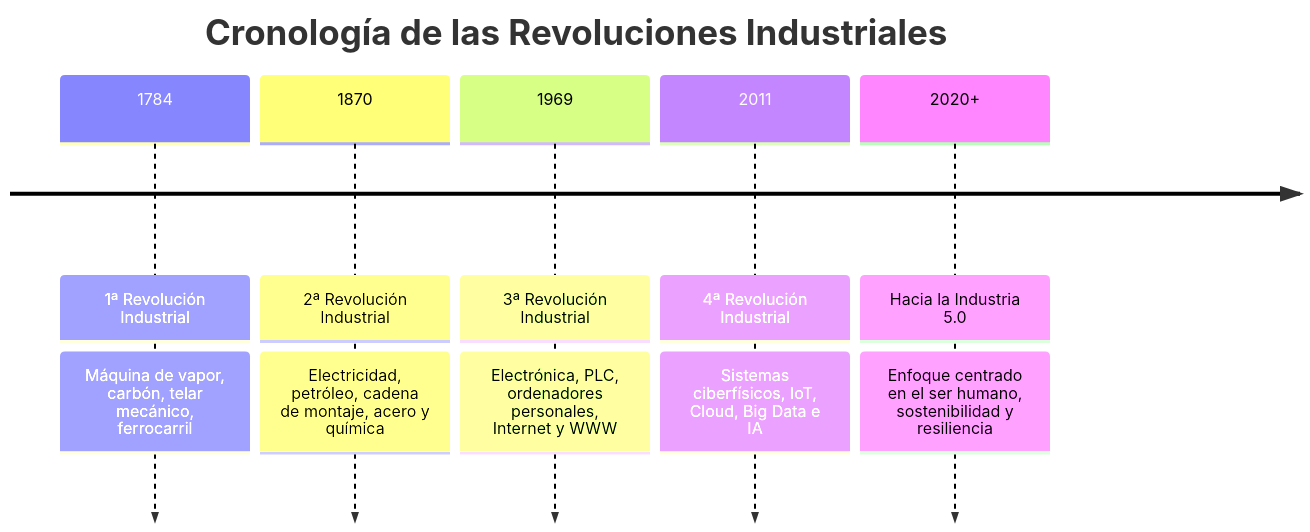
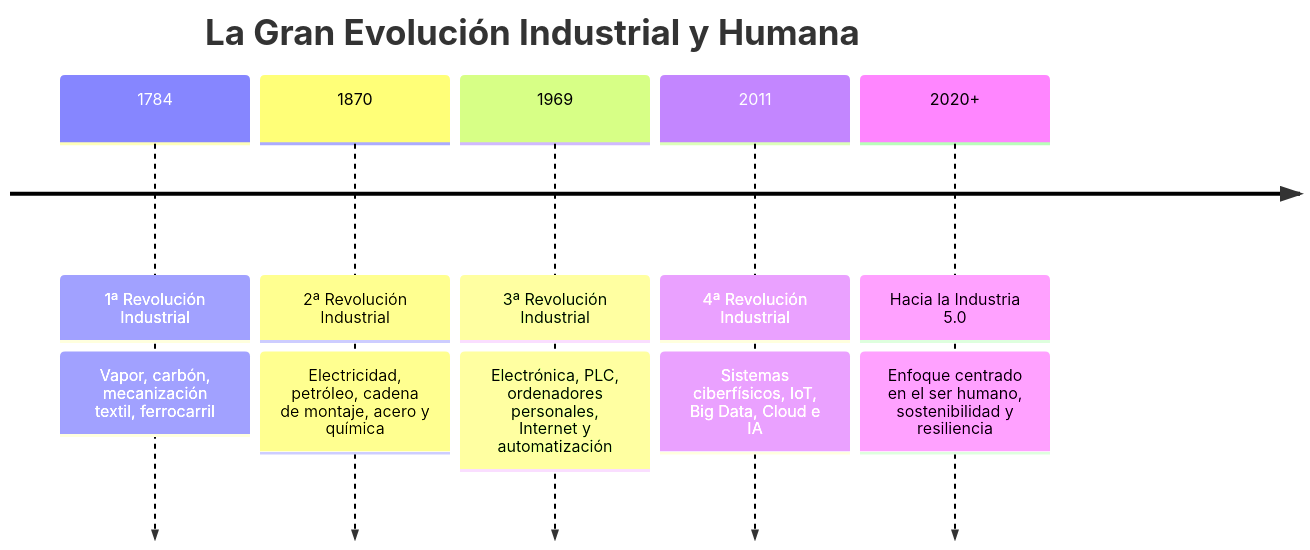
One commit to jssdocente/dasp2627d changed the first of 7 diagrams in docs/temas/01-digitalizacion/01-revoluciones-industriales.md. Above: the diagram before and after it, drawn with Mermaid. The commit also changed other lines of this file, not shown here.

Commit message:
docs(u1): ampliar revoluciones industriales con cuadros comparativos antes vs después y casos de la vida real

````diff
--- a/docs/temas/01-digitalizacion/01-revoluciones-industriales.md
+++ b/docs/temas/01-digitalizacion/01-revoluciones-industriales.md
@@ -11,9 +11,9 @@
 ```mermaid
 timeline
-    title Cronología de las Revoluciones Industriales
-    1784 : 1ª Revolución Industrial : Máquina de vapor, carbón, telar mecánico, ferrocarril
+    title La Gran Evolución Industrial y Humana
+    1784 : 1ª Revolución Industrial : Vapor, carbón, mecanización textil, ferrocarril
     1870 : 2ª Revolución Industrial : Electricidad, petróleo, cadena de montaje, acero y química
-    1969 : 3ª Revolución Industrial : Electrónica, PLC, ordenadores personales, Internet y WWW
-    2011 : 4ª Revolución Industrial : Sistemas ciberfísicos, IoT, Cloud, Big Data e IA
+    1969 : 3ª Revolución Industrial : Electrónica, PLC, ordenadores personales, Internet y automatización
+    2011 : 4ª Revolución Industrial : Sistemas ciberfísicos, IoT, Big Data, Cloud e IA
     2020+ : Hacia la Industria 5.0 : Enfoque centrado en el ser humano, sostenibilidad y resiliencia
 ```
````
